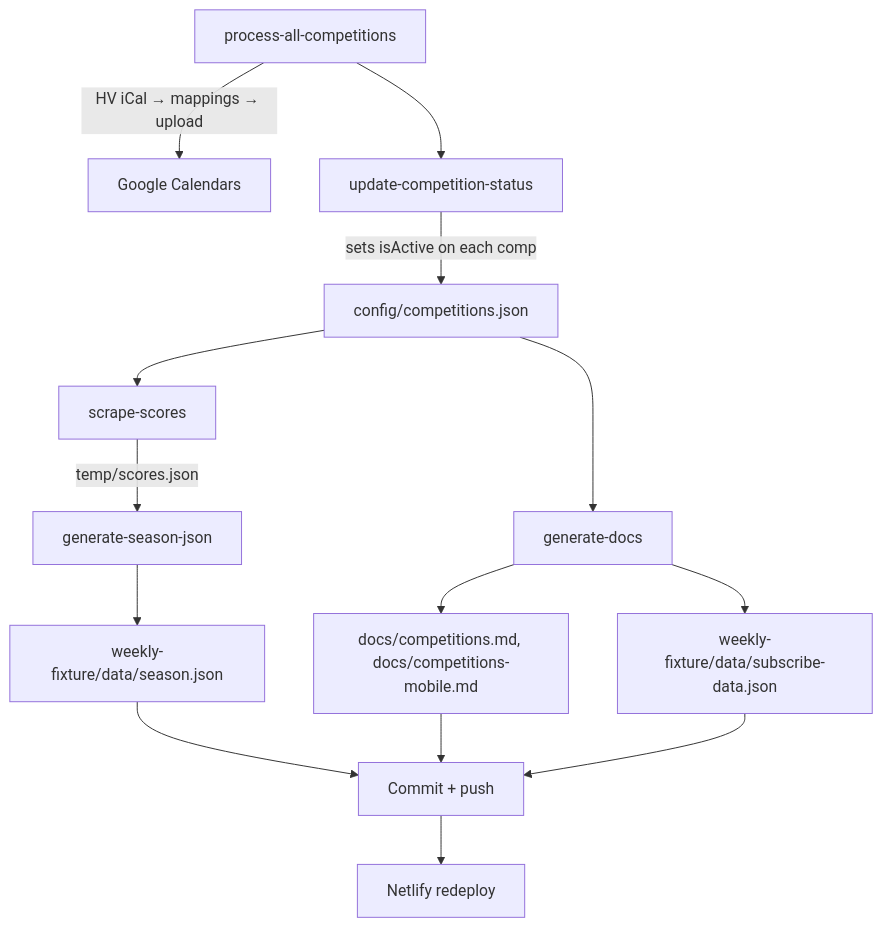
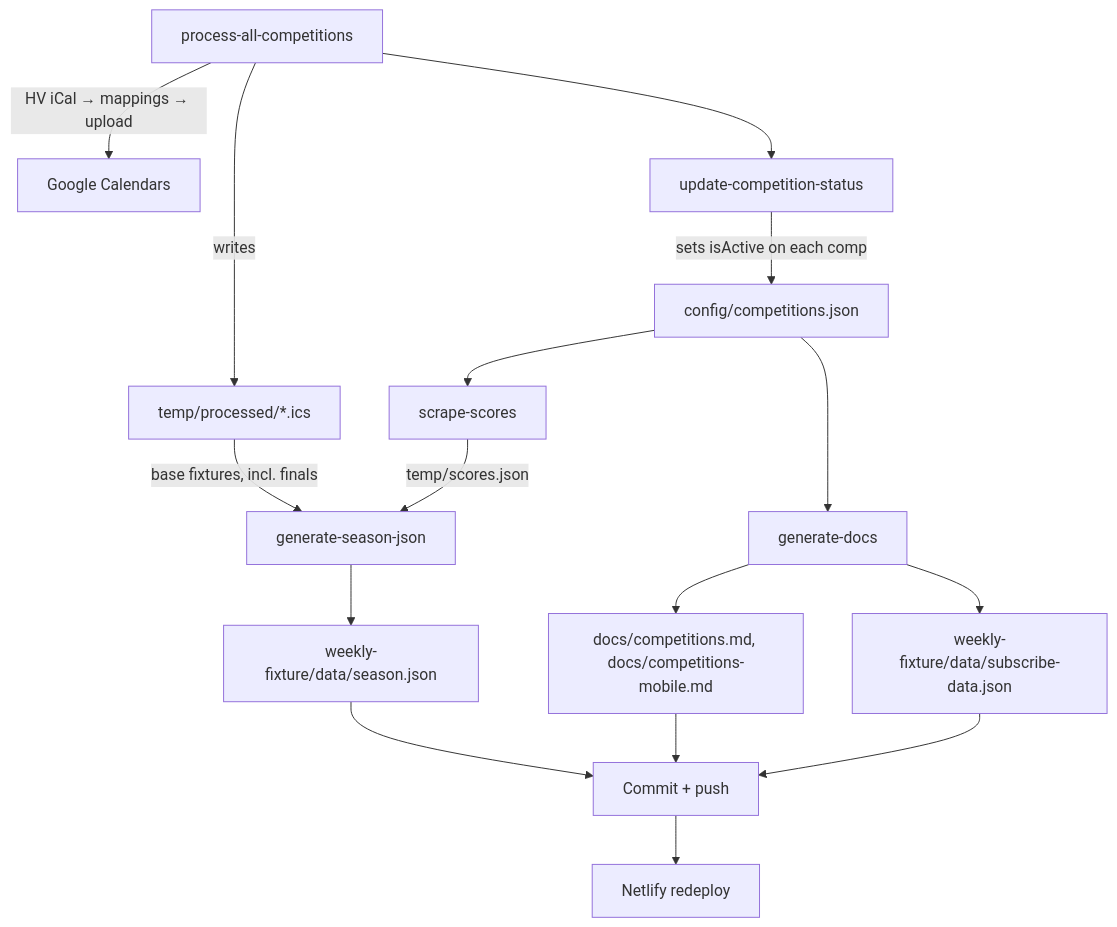
The second of 2 diagrams in README.md (mawiseman/hockey-victoria-club-calendars), drawn with Mermaid before and after one commit. The commit also changed other lines of this file and 6 other files, not shown here.

````diff
--- a/README.md
+++ b/README.md
@@ -606,16 +606,18 @@
 ```mermaid
 graph TD
     A[process-all-competitions] -->|HV iCal → mappings → upload| B[Google Calendars]
+    A -->|writes| P[temp/processed/*.ics]
     A --> C[update-competition-status]
     C -->|sets isActive on each comp| D[config/competitions.json]
     D --> E[scrape-scores]
     E -->|temp/scores.json| F[generate-season-json]
+    P -->|base fixtures, incl. finals| F
     F --> I[weekly-fixture/data/season.json]
     D --> J[generate-docs]
     J --> K[docs/competitions.md, docs/competitions-mobile.md]
     J --> L[weekly-fixture/data/subscribe-data.json]
     I --> M[Commit + push]
     K --> M
     L --> M
     M --> N[Netlify redeploy]
 ```
````
